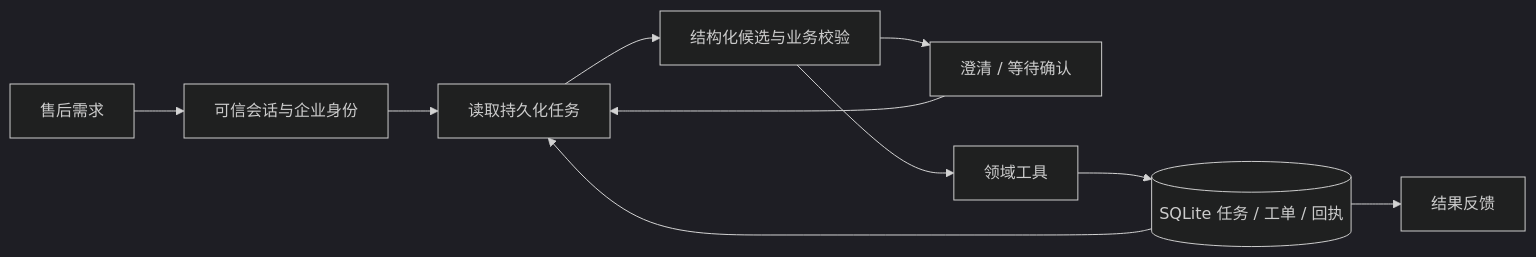
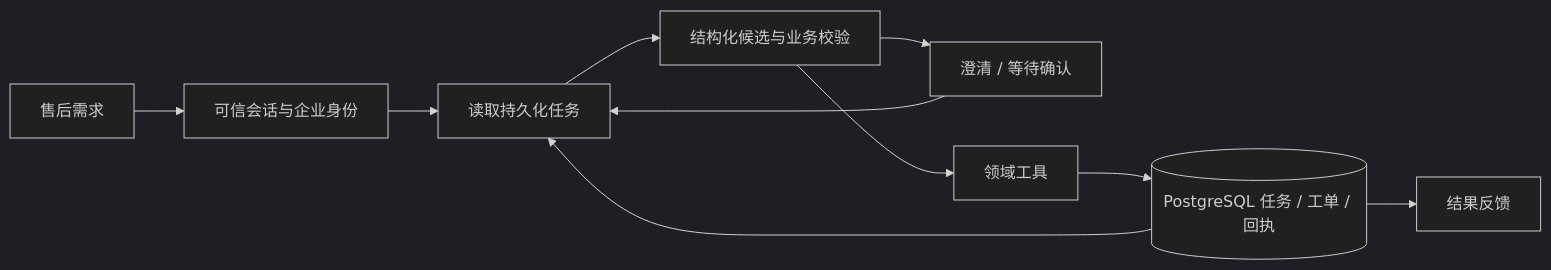
One commit to siye566/fengyun-service-agent changed the diagram in README.md. Above: the diagram before and after it, drawn with Mermaid (dark theme). The commit also changed other lines of this file and 39 other files, not shown here.

Commit message:
Migrate service domain to PostgreSQL and document Pi SDK runtime

````diff
--- a/README.md
+++ b/README.md
@@ -42,12 +43,12 @@
 ```mermaid
 flowchart LR
     U[售后需求] --> I[可信会话与企业身份]
     I --> S[读取持久化任务]
     S --> C[结构化候选与业务校验]
     C --> Q[澄清 / 等待确认]
     Q --> S
     C --> T[领域工具]
-    T --> D[(SQLite 任务 / 工单 / 回执)]
+    T --> D[(PostgreSQL 任务 / 工单 / 回执)]
     D --> S
     D --> R[结果反馈]
 ```
````
